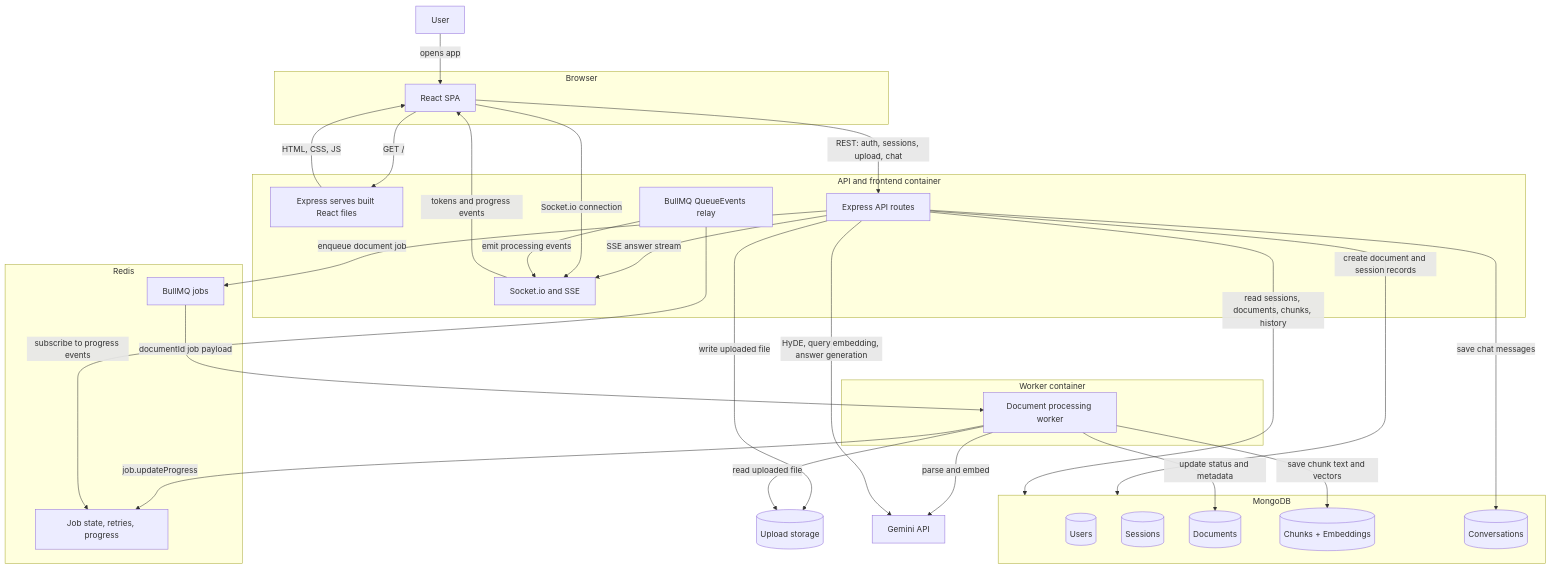
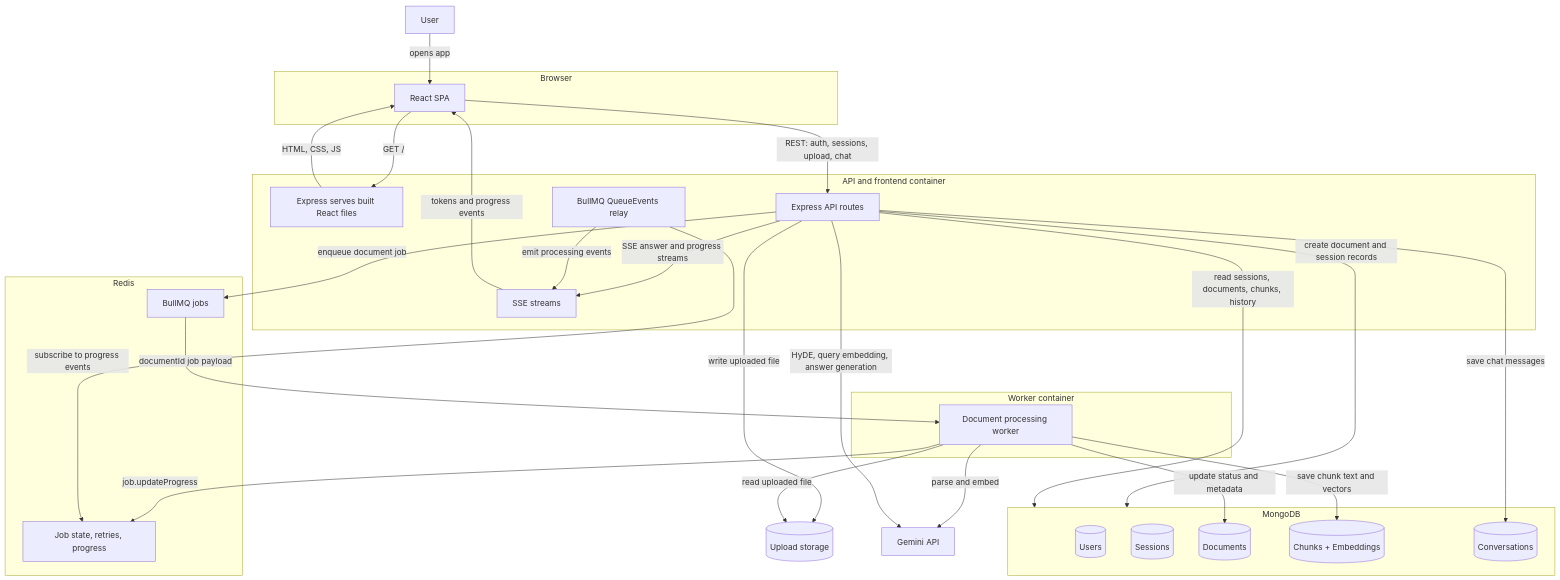
Before and after one commit to parihar-harsh/RAG-based-doc-scanner: the first of 2 diagrams in README.md, drawn with Mermaid. The commit also changed other lines of this file and 19 other files, not shown here.

Commit message:
Use SSE for document progress updates

````diff
--- a/README.md
+++ b/README.md
@@ -51,63 +51,62 @@
 ```mermaid
 flowchart TB
   User[User]
 
   subgraph Browser[Browser]
     SPA[React SPA]
   end
 
   subgraph APIContainer[API and frontend container]
     Static[Express serves built React files]
     API[Express API routes]
-    Realtime[Socket.io and SSE]
+    Realtime[SSE streams]
     QueueRelay[BullMQ QueueEvents relay]
   end
 
   subgraph WorkerContainer[Worker container]
     Worker[Document processing worker]
   end
 
   Uploads[(Upload storage)]
 
   subgraph RedisStore[Redis]
     Queue[BullMQ jobs]
     JobState[Job state, retries, progress]
   end
 
   subgraph MongoStore[MongoDB]
     Users[(Users)]
     Sessions[(Sessions)]
     Documents[(Documents)]
     Chunks[(Chunks + Embeddings)]
     Conversations[(Conversations)]
   end
 
   Gemini[Gemini API]
 
   User -->|opens app| SPA
   SPA -->|GET /| Static
   Static -->|HTML, CSS, JS| SPA
 
   SPA -->|REST: auth, sessions, upload, chat| API
-  API -->|SSE answer stream| Realtime
+  API -->|SSE answer and progress streams| Realtime
   Realtime -->|tokens and progress events| SPA
-  SPA -->|Socket.io connection| Realtime
 
   API -->|write uploaded file| Uploads
   API -->|create document and session records| MongoStore
   API -->|enqueue document job| Queue
 
   Queue -->|documentId job payload| Worker
   Worker -->|read uploaded file| Uploads
   Worker -->|parse and embed| Gemini
   Worker -->|update status and metadata| Documents
   Worker -->|save chunk text and vectors| Chunks
   Worker -->|job.updateProgress| JobState
 
   QueueRelay -->|subscribe to progress events| JobState
   QueueRelay -->|emit processing events| Realtime
 
   API -->|read sessions, documents, chunks, history| MongoStore
   API -->|HyDE, query embedding, answer generation| Gemini
   API -->|save chat messages| Conversations
 ```
````
